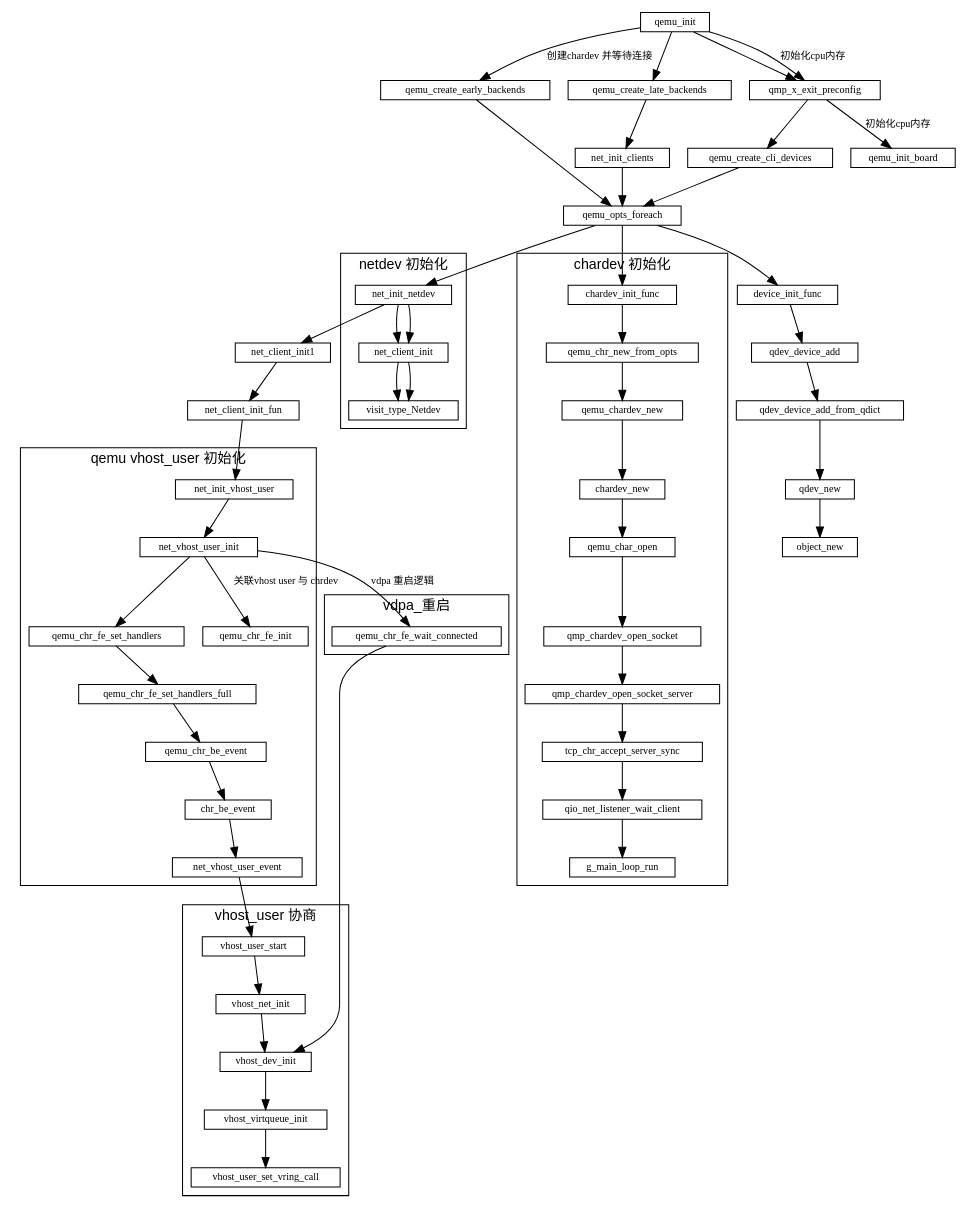
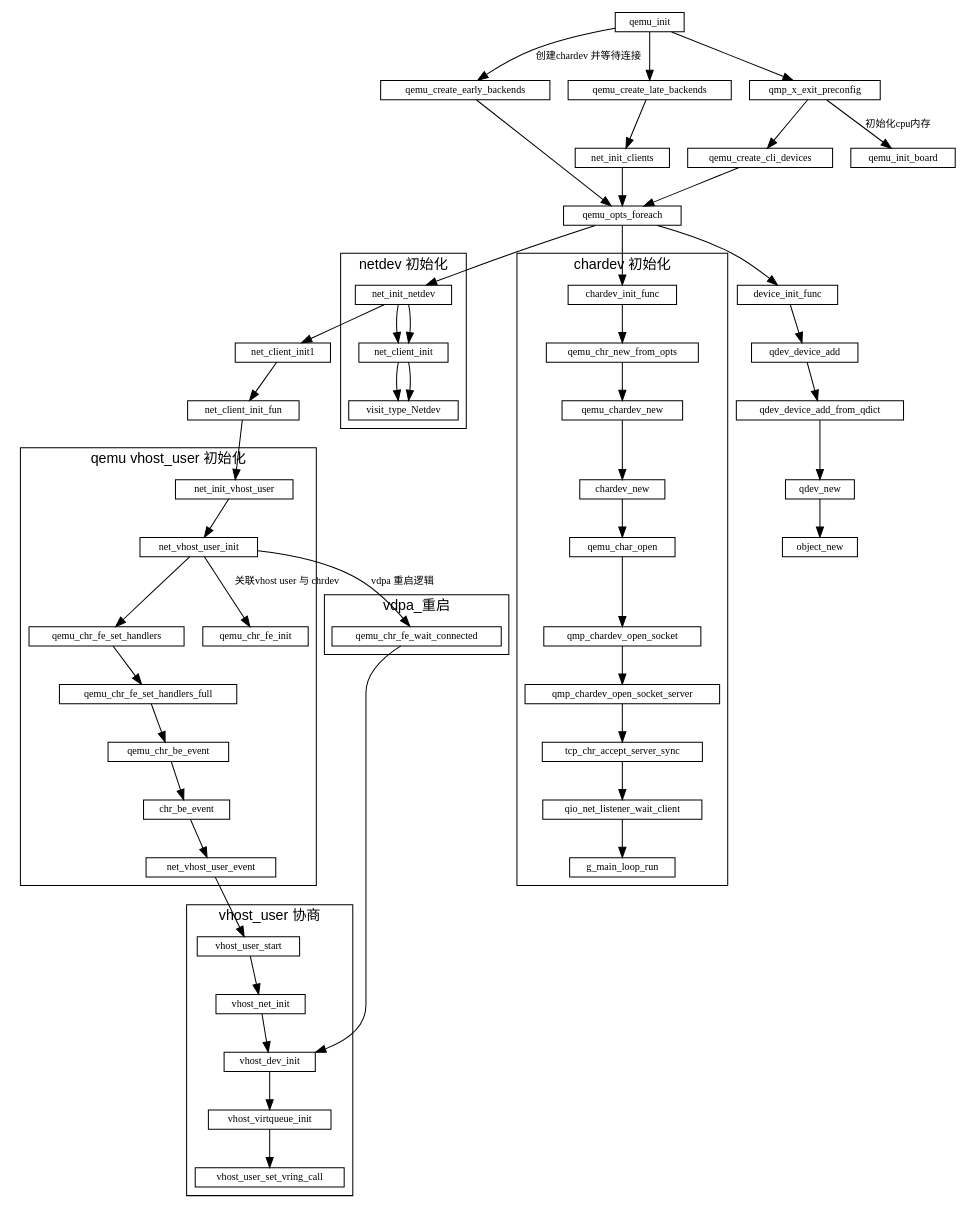
Before and after one commit to sisyphus1212/note: the diagram in qemu/qemu初始化.md, drawn with Graphviz.

Commit message:
auto_update

```diff
--- a/qemu/qemu初始化.md
+++ b/qemu/qemu初始化.md
@@ -102,7 +102,7 @@
               -> qdev_new
               -> object_new
 
-    qemu_init -> qmp_x_exit_preconfig
+    qmp_x_exit_preconfig
               -> qemu_init_board[label="初始化cpu内存"]
 
     //vhost_dev_init
```
